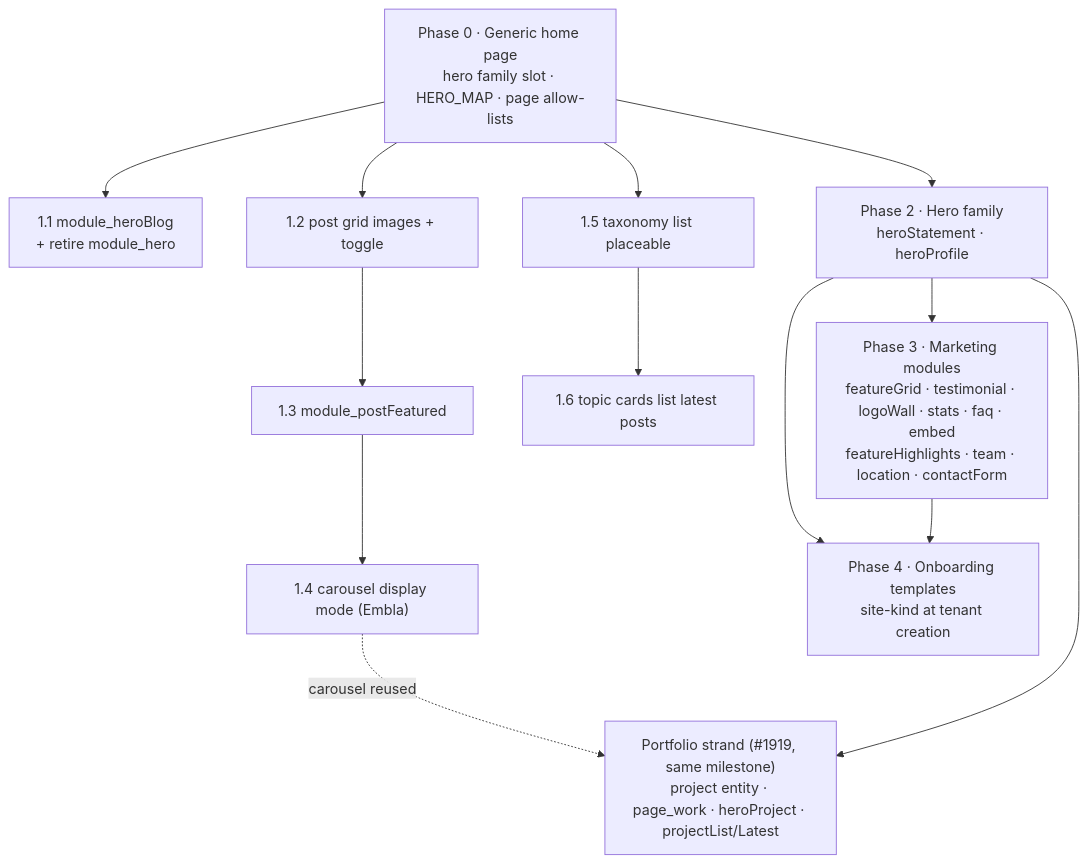
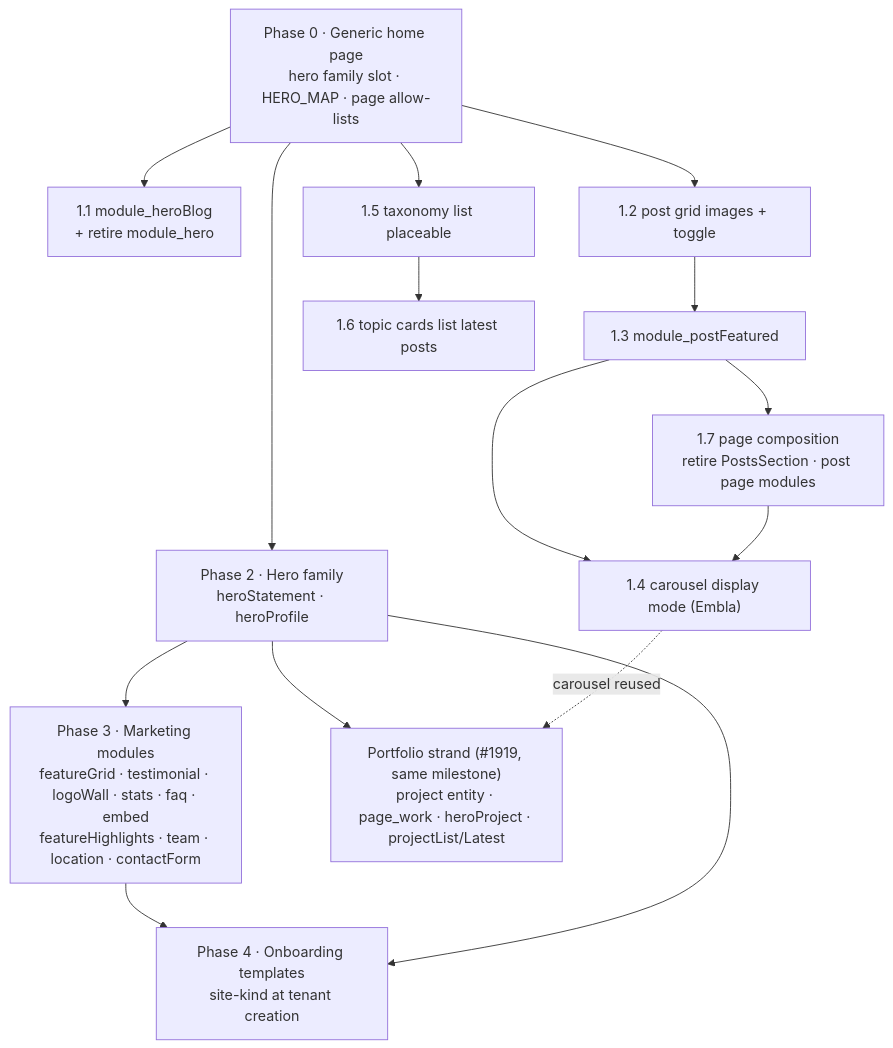
Before and after one commit to ValOvinnikov/blog: the third of 3 diagrams in docs/BACKLOG.md, drawn with Mermaid. The commit also changed other lines of this file and 2 other files, not shown here.

First line of the commit message:
docs(design): page composition — pages are chrome, a heading and modules; retire PostsSection

````diff
--- a/docs/BACKLOG.md
+++ b/docs/BACKLOG.md
@@ -783,22 +783,24 @@
 ```mermaid
 flowchart TD
   P0["Phase 0 · Generic home page<br/>hero family slot · HERO_MAP · page allow-lists"]
   P1a["1.1 module_heroBlog<br/>+ retire module_hero"]
   P1b["1.2 post grid images + toggle"]
   P1c["1.3 module_postFeatured"]
   P1d["1.4 carousel display mode (Embla)"]
   P1e["1.5 taxonomy list placeable"]
   P1f["1.6 topic cards list latest posts"]
+  P1g["1.7 page composition<br/>retire PostsSection · post page modules"]
   P2["Phase 2 · Hero family<br/>heroStatement · heroProfile"]
   P3["Phase 3 · Marketing modules<br/>featureGrid · testimonial · logoWall · stats · faq · embed<br/>featureHighlights · team · location · contactForm"]
   P4["Phase 4 · Onboarding templates<br/>site-kind at tenant creation"]
   M9["Portfolio strand (#1919, same milestone)<br/>project entity · page_work · heroProject · projectList/Latest"]
   P0 --> P1a & P1b & P1e
   P1b --> P1c --> P1d
+  P1c --> P1g --> P1d
   P1e --> P1f
   P0 --> P2 --> P3
   P2 --> M9
   P1d -.->|carousel reused| M9
   P3 --> P4
   P2 --> P4
 ```
````
